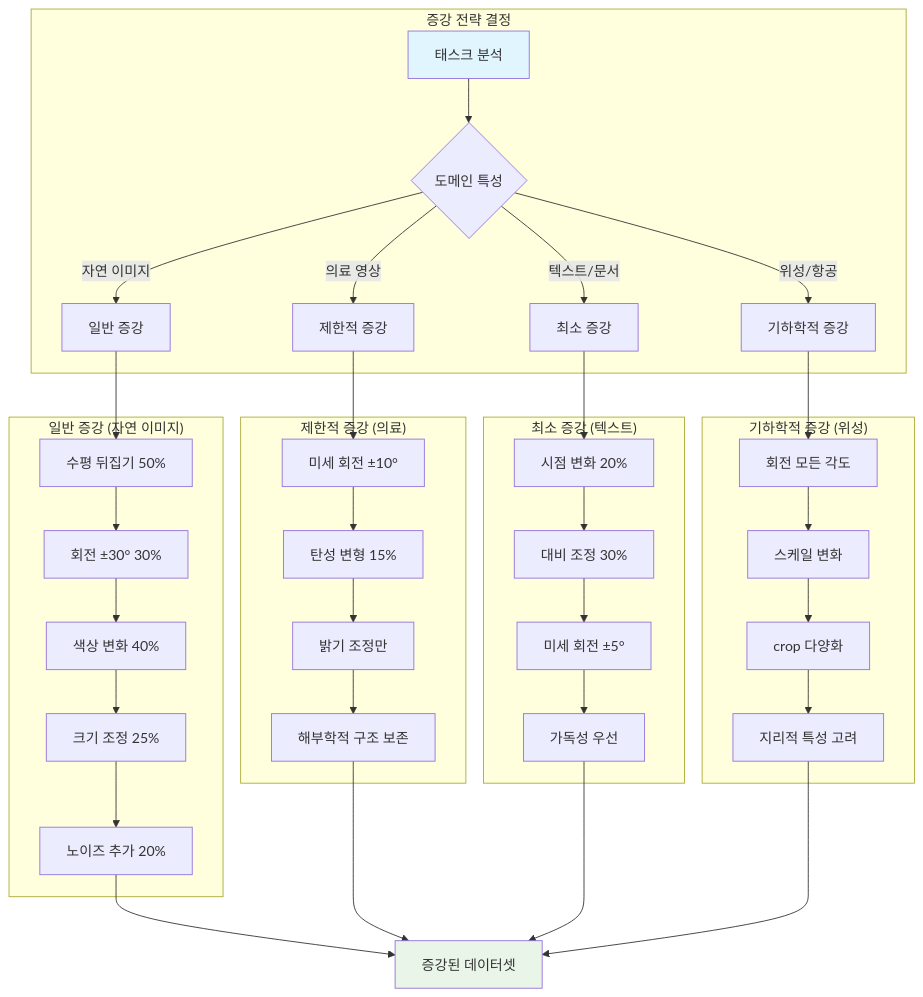
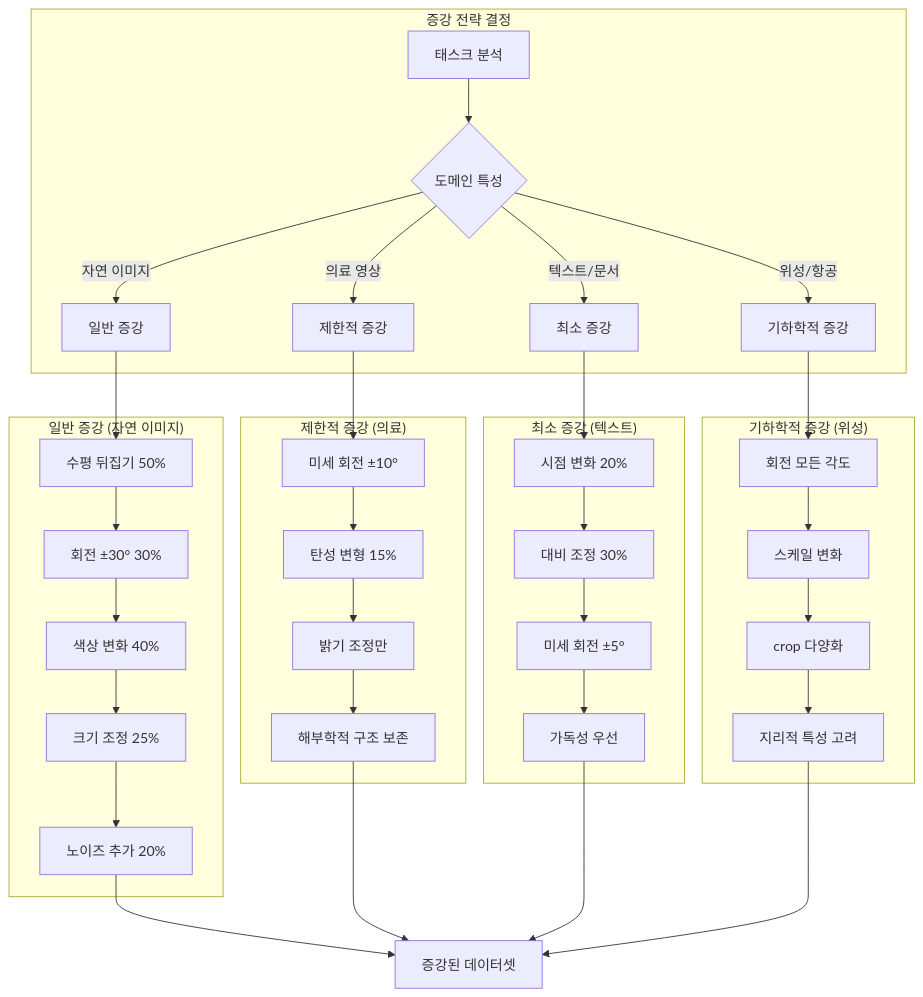
The sixth of 7 diagrams in 스터디/이미지와_컴퓨터미전_학습자료.md (c0z0c/sprint_mission), drawn with Mermaid before and after one commit. The commit also changed other lines of this file and 1 other file, not shown here.

Commit message:
mermaid 오류 수정

````diff
--- a/스터디/이미지와_컴퓨터미전_학습자료.md
+++ b/스터디/이미지와_컴퓨터미전_학습자료.md
@@ -1844,47 +1822,44 @@
 ```mermaid
 graph TD
     subgraph "증강 전략 결정"
         A[태스크 분석] --> B{도메인 특성}
         B -->|자연 이미지| C[일반 증강]
         B -->|의료 영상| D[제한적 증강]
         B -->|텍스트/문서| E[최소 증강]
         B -->|위성/항공| F[기하학적 증강]
     end
     
     subgraph "일반 증강 (자연 이미지)"
         C --> C1[수평 뒤집기 50%]
         C1 --> C2[회전 ±30° 30%]
         C2 --> C3[색상 변화 40%]
         C3 --> C4[크기 조정 25%]
         C4 --> C5[노이즈 추가 20%]
     end
     
     subgraph "제한적 증강 (의료)"
         D --> D1[미세 회전 ±10°]
         D1 --> D2[탄성 변형 15%]
         D2 --> D3[밝기 조정만]
         D3 --> D4[해부학적 구조 보존]
     end
     
     subgraph "최소 증강 (텍스트)"
         E --> E1[시점 변화 20%]
         E1 --> E2[대비 조정 30%]
         E2 --> E3[미세 회전 ±5°]
         E3 --> E4[가독성 우선]
     end
     
     subgraph "기하학적 증강 (위성)"
         F --> F1[회전 모든 각도]
         F1 --> F2[스케일 변화]
         F2 --> F3[crop 다양화]
         F3 --> F4[지리적 특성 고려]
     end
     
     C5 --> G[증강된 데이터셋]
     D4 --> G
     E4 --> G
     F4 --> G
-    
-    style A fill:#e1f5fe
-    style G fill:#e8f5e8
 ```
````
